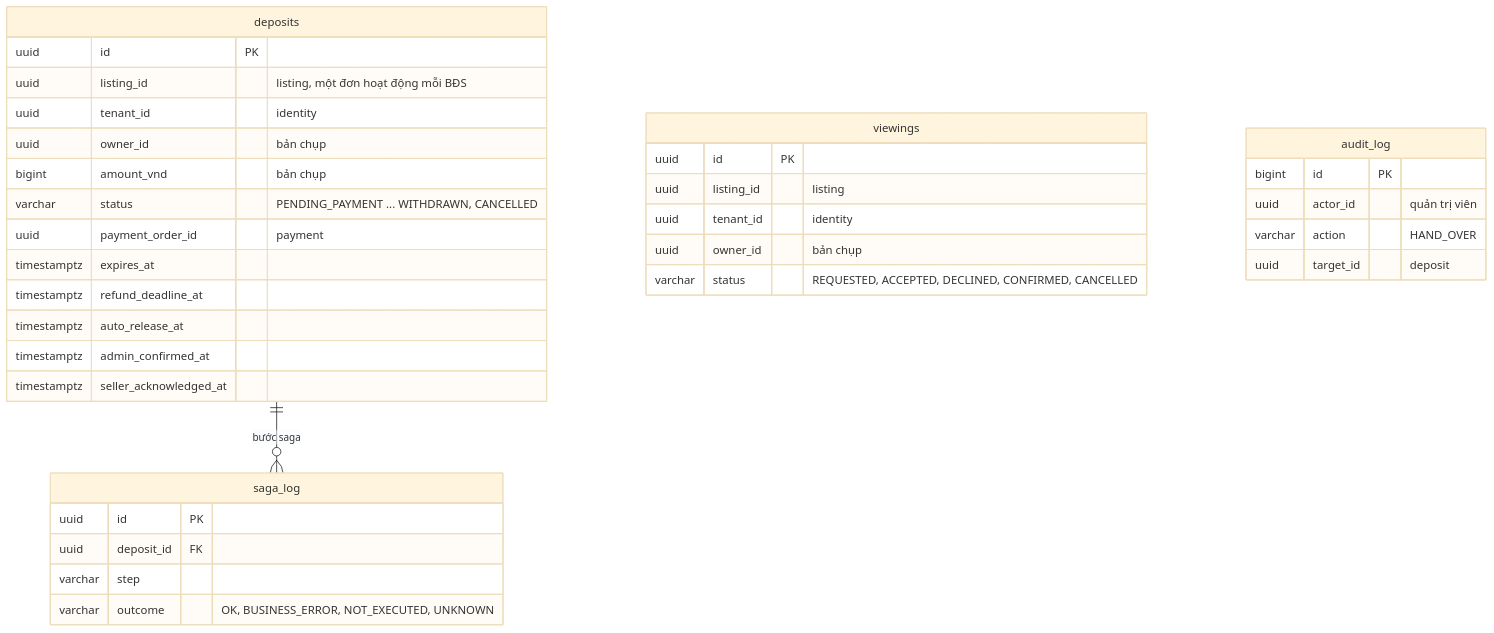
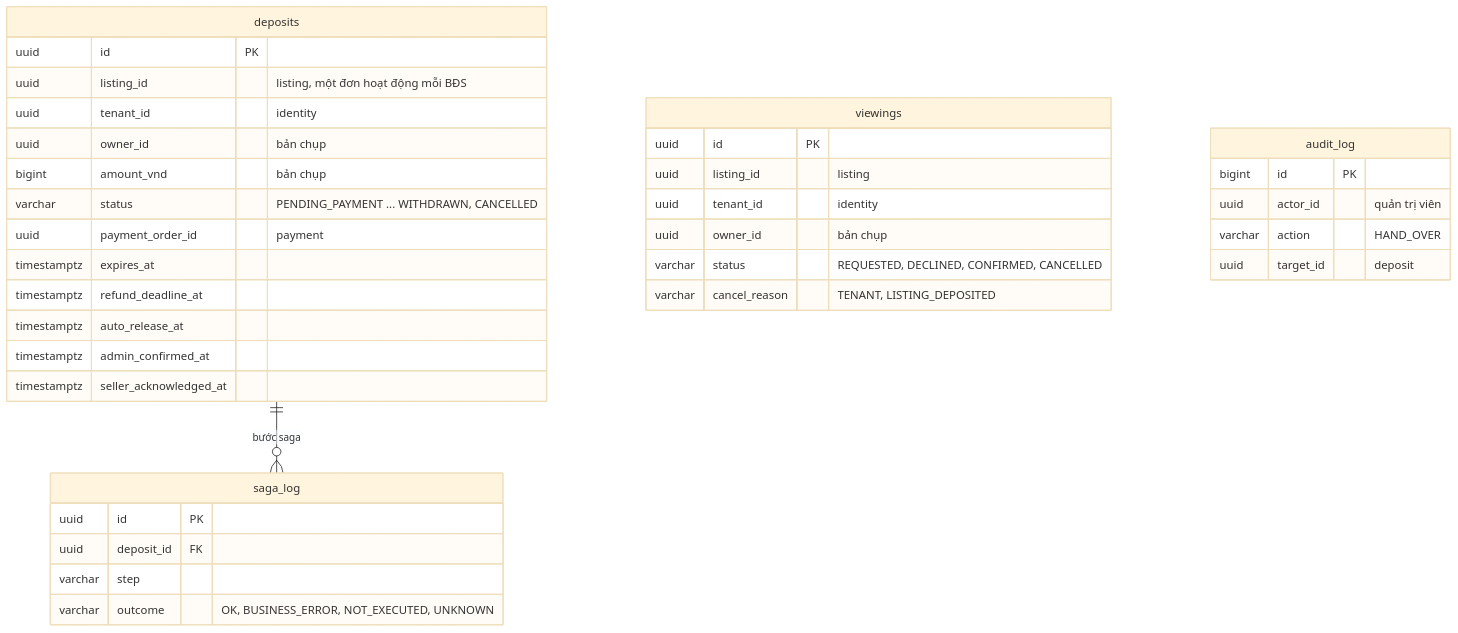
One commit to ITHoangLV/Realestate_Microservice changed the third of 5 diagrams in project-knowledge/data-model.md. Above: the diagram before and after it, drawn with Mermaid (base theme). The commit also changed other lines of this file and 154 other files, not shown here.

````diff
--- a/project-knowledge/data-model.md
+++ b/project-knowledge/data-model.md
@@ -85,37 +85,38 @@
 ```mermaid
 erDiagram
     deposits ||--o{ saga_log : "bước saga"
     viewings {
         uuid id PK
         uuid listing_id "listing"
         uuid tenant_id "identity"
         uuid owner_id "bản chụp"
-        varchar status "REQUESTED, ACCEPTED, DECLINED, CONFIRMED, CANCELLED"
+        varchar status "REQUESTED, DECLINED, CONFIRMED, CANCELLED"
+        varchar cancel_reason "TENANT, LISTING_DEPOSITED"
     }
     deposits {
         uuid id PK
         uuid listing_id "listing, một đơn hoạt động mỗi BĐS"
         uuid tenant_id "identity"
         uuid owner_id "bản chụp"
         bigint amount_vnd "bản chụp"
         varchar status "PENDING_PAYMENT ... WITHDRAWN, CANCELLED"
         uuid payment_order_id "payment"
         timestamptz expires_at
         timestamptz refund_deadline_at
         timestamptz auto_release_at
         timestamptz admin_confirmed_at
         timestamptz seller_acknowledged_at
     }
     saga_log {
         uuid id PK
         uuid deposit_id FK
         varchar step
         varchar outcome "OK, BUSINESS_ERROR, NOT_EXECUTED, UNKNOWN"
     }
     audit_log {
         bigint id PK
         uuid actor_id "quản trị viên"
         varchar action "HAND_OVER"
         uuid target_id "deposit"
     }
 ```
````
